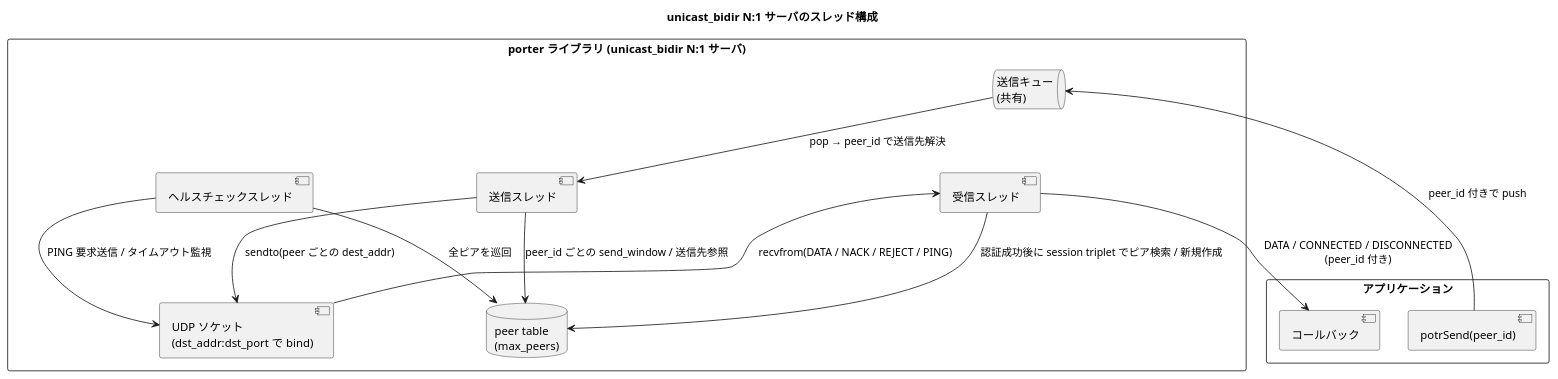
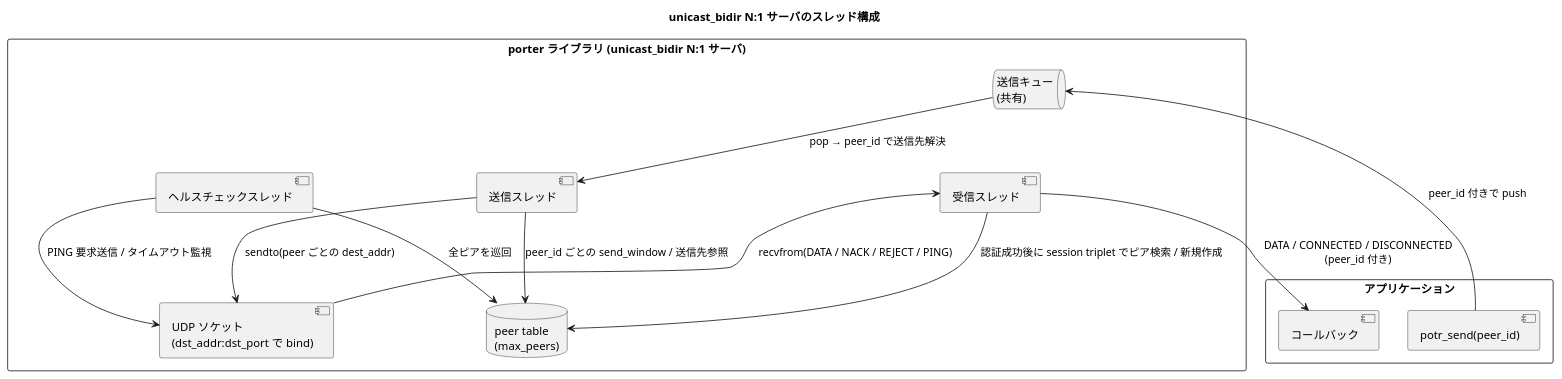
The third of 6 diagrams in docs/architecture.md (Hondarer/app_porter), drawn with PlantUML before and after one commit. The commit also changed other lines of this file and 148 other files, not shown here.

````diff
--- a/docs/architecture.md
+++ b/docs/architecture.md
@@ -132,29 +132,29 @@
 ```plantuml
 @startuml unicast_bidir n1 スレッド構成
 title unicast_bidir N:1 サーバのスレッド構成
 
 rectangle "アプリケーション" {
-  [potrSend(peer_id)]
+  [potr_send(peer_id)]
   [コールバック]
 }
 
 rectangle "porter ライブラリ (unicast_bidir N:1 サーバ)" {
   queue "送信キュー\n(共有)" as Q
   database "peer table\n(max_peers)" as PT
   [送信スレッド] as ST
   [受信スレッド] as RT
   [ヘルスチェックスレッド] as HT
   [UDP ソケット\n(dst_addr:dst_port で bind)] as SOCK
 }
 
-[potrSend(peer_id)] --> Q : peer_id 付きで push
+[potr_send(peer_id)] --> Q : peer_id 付きで push
 Q --> ST : pop → peer_id で送信先解決
 ST --> PT : peer_id ごとの send_window / 送信先参照
 ST --> SOCK : sendto(peer ごとの dest_addr)
 RT <-- SOCK : recvfrom(DATA / NACK / REJECT / PING)
 RT --> PT : 認証成功後に session triplet でピア検索 / 新規作成
 RT --> [コールバック] : DATA / CONNECTED / DISCONNECTED\n(peer_id 付き)
 HT --> PT : 全ピアを巡回
 HT --> SOCK : PING 要求送信 / タイムアウト監視
 @enduml
 ```
````
